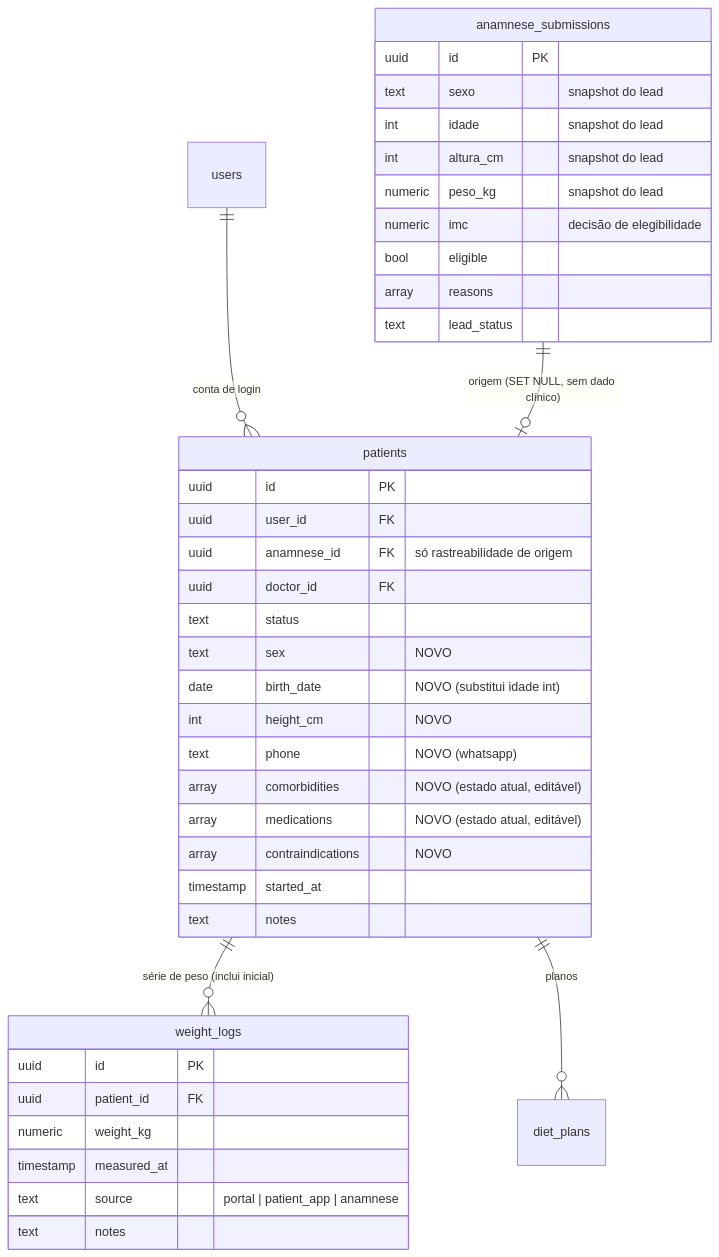
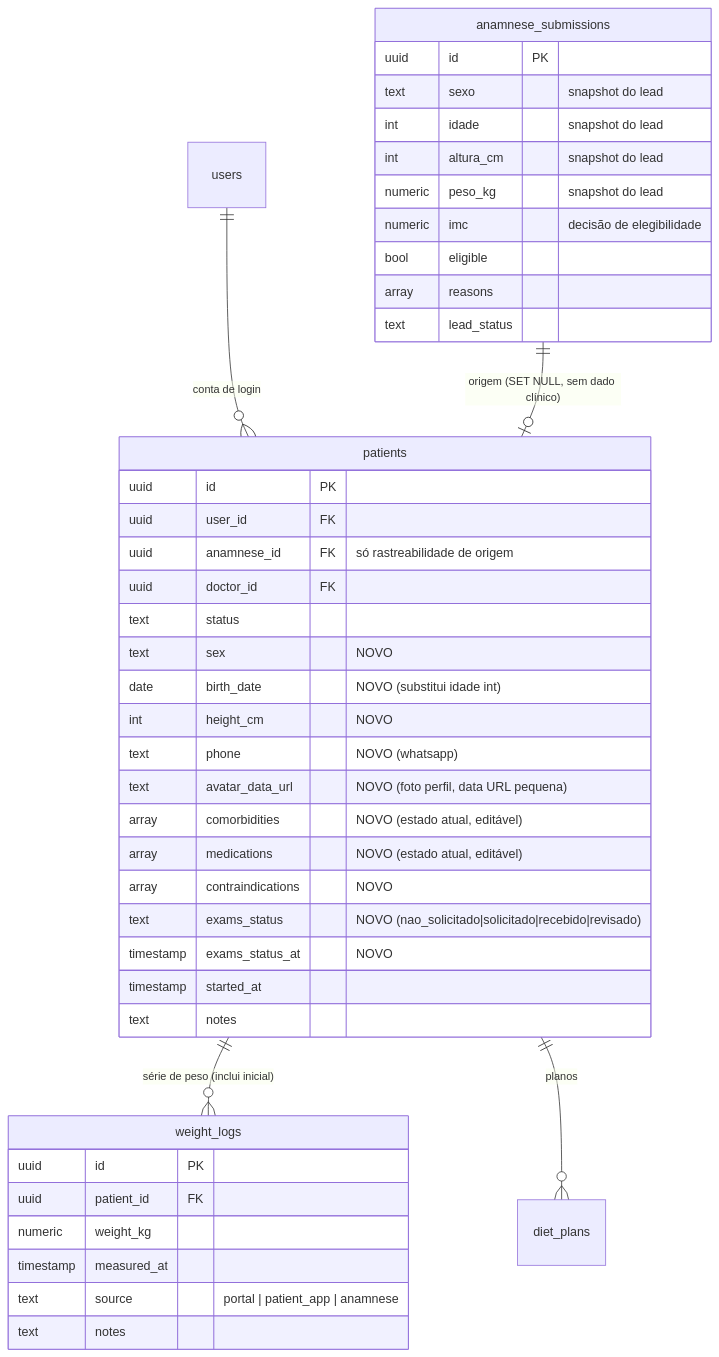
Before and after one commit to karlos-silva/golev: the second of 2 diagrams in apps/api/drizzle/SCHEMA.md, drawn with Mermaid. The commit also changed 33 other files, not shown here.

First line of the commit message:
feat: redesenho da área do paciente, foto de perfil e exames via WhatsApp (#23)

````diff
--- a/apps/api/drizzle/SCHEMA.md
+++ b/apps/api/drizzle/SCHEMA.md
@@ -227,43 +227,46 @@
 ```mermaid
 erDiagram
   users ||--o{ patients : "conta de login"
   anamnese_submissions ||--o| patients : "origem (SET NULL, sem dado clínico)"
   patients ||--o{ weight_logs : "série de peso (inclui inicial)"
   patients ||--o{ diet_plans : "planos"
 
   patients {
     uuid id PK
     uuid user_id FK
     uuid anamnese_id FK "só rastreabilidade de origem"
     uuid doctor_id FK
     text status
     text sex "NOVO"
     date birth_date "NOVO (substitui idade int)"
     int height_cm "NOVO"
     text phone "NOVO (whatsapp)"
+    text avatar_data_url "NOVO (foto perfil, data URL pequena)"
     array comorbidities "NOVO (estado atual, editável)"
     array medications "NOVO (estado atual, editável)"
     array contraindications "NOVO"
+    text exams_status "NOVO (nao_solicitado|solicitado|recebido|revisado)"
+    timestamp exams_status_at "NOVO"
     timestamp started_at
     text notes
   }
   weight_logs {
     uuid id PK
     uuid patient_id FK
     numeric weight_kg
     timestamp measured_at
     text source "portal | patient_app | anamnese"
     text notes
   }
   anamnese_submissions {
     uuid id PK
     text sexo "snapshot do lead"
     int idade "snapshot do lead"
     int altura_cm "snapshot do lead"
     numeric peso_kg "snapshot do lead"
     numeric imc "decisão de elegibilidade"
     bool eligible
     array reasons
     text lead_status
   }
 ```
````
